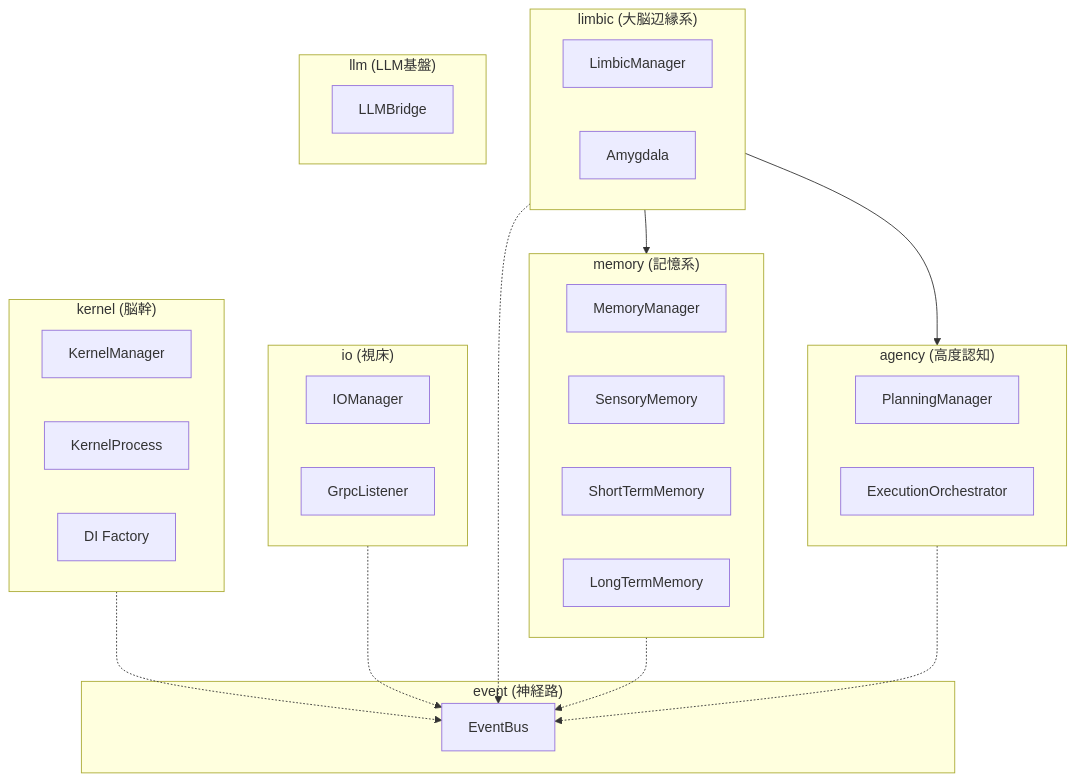
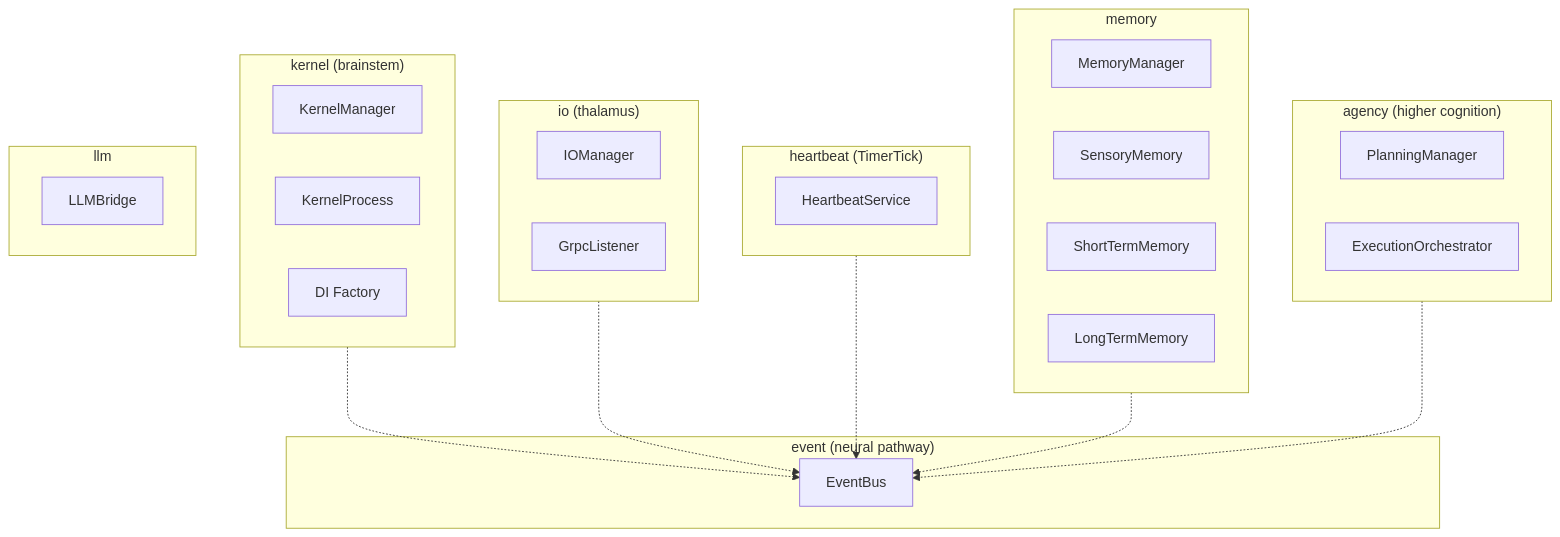
Before and after one commit to ibukani/iris-mind: the first of 2 diagrams in .agents/skills/iris-visualize/SKILL.md, drawn with Mermaid. The commit also changed other lines of this file and 359 other files, not shown here.

````diff
--- a/.agents/skills/iris-visualize/SKILL.md
+++ b/.agents/skills/iris-visualize/SKILL.md
@@ -58,43 +63,38 @@
 ```mermaid
 flowchart TB
-    subgraph KernelLayer["kernel (脳幹)"]
+    subgraph KernelLayer["kernel (brainstem)"]
         manager["KernelManager"]
         process["KernelProcess"]
         factory["DI Factory"]
     end
-    subgraph IoLayer["io (視床)"]
+    subgraph IoLayer["io (thalamus)"]
         io_mgr["IOManager"]
         grpc["GrpcListener"]
     end
-    subgraph EventLayer["event (神経路)"]
+    subgraph EventLayer["event (neural pathway)"]
         bus["EventBus"]
     end
-    subgraph LimbicLayer["limbic (大脳辺縁系)"]
-        limbic_mgr["LimbicManager"]
-        amygdala["Amygdala"]
+    subgraph HeartbeatLayer["heartbeat (TimerTick)"]
+        hb_svc["HeartbeatService"]
     end
-    subgraph MemoryLayer["memory (記憶系)"]
+    subgraph MemoryLayer["memory"]
         mem_mgr["MemoryManager"]
         sensory["SensoryMemory"]
         stm["ShortTermMemory"]
         ltm["LongTermMemory"]
     end
-    subgraph AgencyLayer["agency (高度認知)"]
+    subgraph AgencyLayer["agency (higher cognition)"]
         planning["PlanningManager"]
         execution["ExecutionOrchestrator"]
     end
-    subgraph LlmLayer["llm (LLM基盤)"]
+    subgraph LlmLayer["llm"]
         bridge["LLMBridge"]
     end
 
-    %% 依存関係（EventBus経由の疎結合）
+    %% Dependencies through EventBus for loose coupling
     KernelLayer -.-> bus
     IoLayer -.-> bus
-    LimbicLayer -.-> bus
+    HeartbeatLayer -.-> bus
     MemoryLayer -.-> bus
     AgencyLayer -.-> bus
-
-    %% 許容される直接インターフェース（AGENTS.mdより）
-    LimbicLayer --> MemoryLayer
-    LimbicLayer --> AgencyLayer
 ```
````
